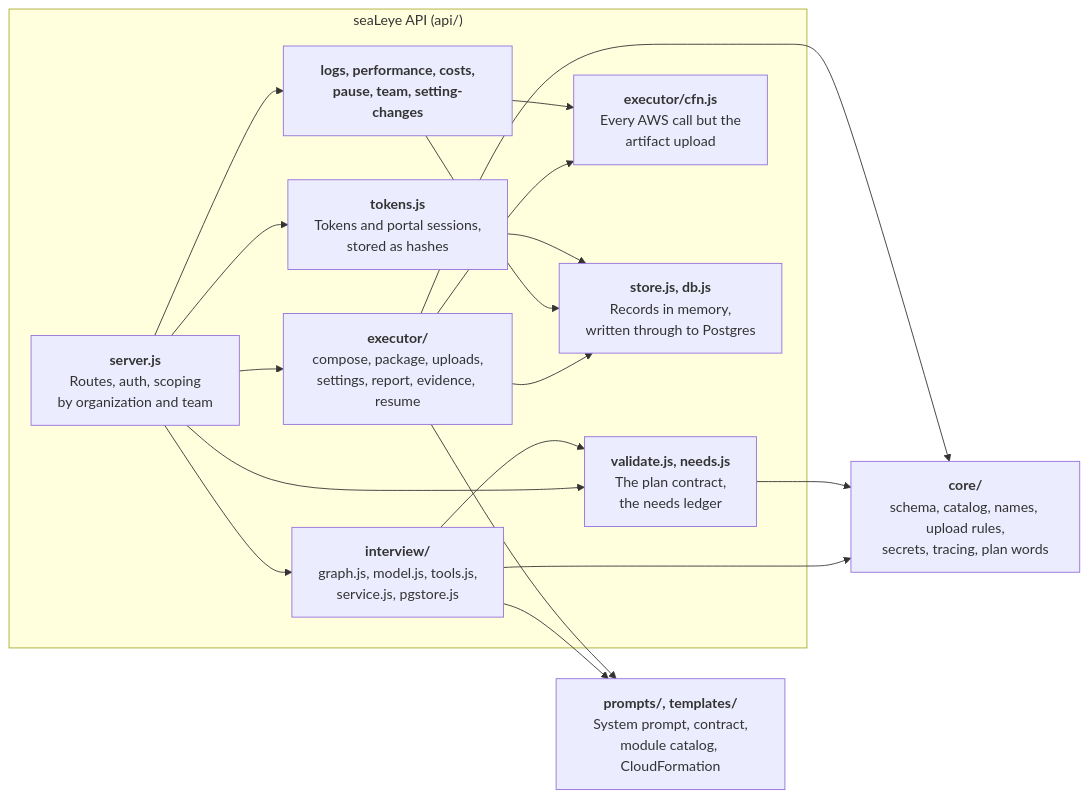
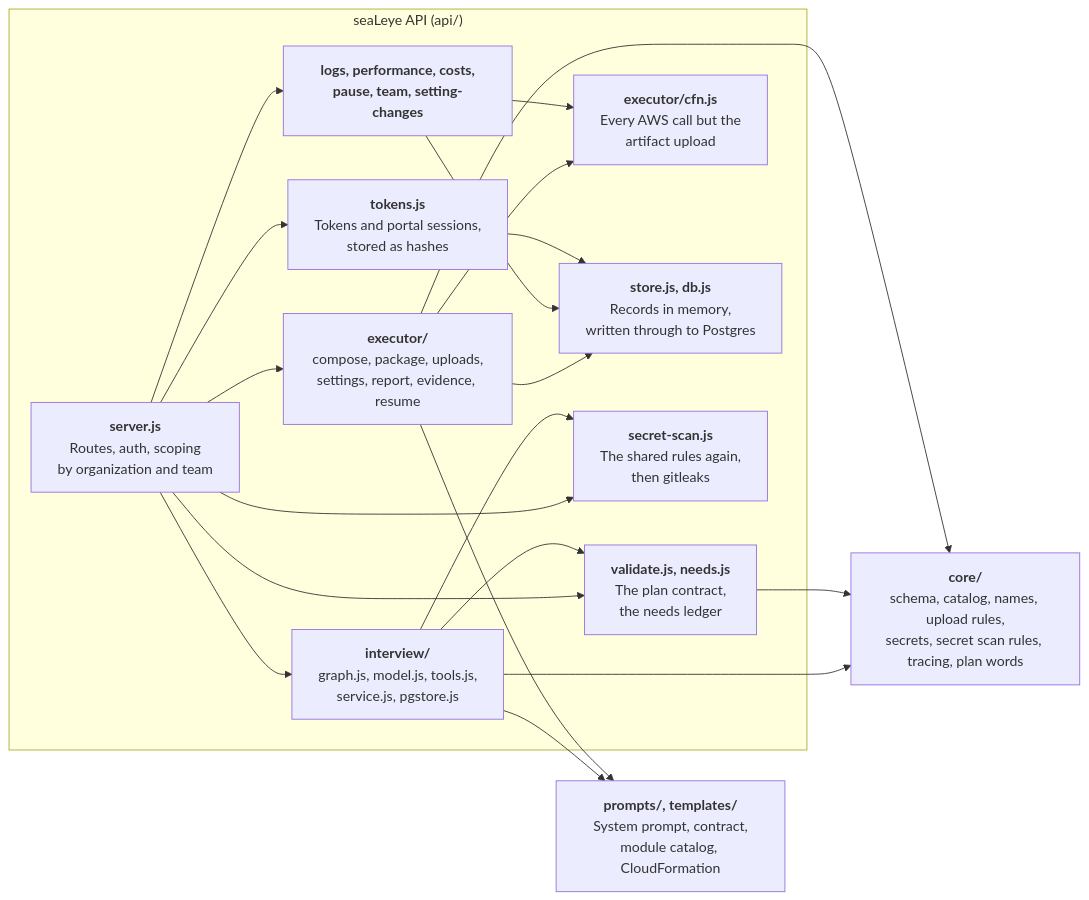
One commit to GregKliewer/sealeye changed the third of 11 diagrams in docs/ARCHITECTURE.md. Above: the diagram before and after it, drawn with Mermaid. The commit also changed other lines of this file and 32 other files, not shown here.

First line of the commit message:
The secret scanner: before upload, in the API with gitleaks, and in read_file

````diff
--- a/docs/ARCHITECTURE.md
+++ b/docs/ARCHITECTURE.md
@@ -157,33 +157,36 @@
 ```mermaid
 flowchart LR
   subgraph api["seaLeye API (api/)"]
     server["<b>server.js</b><br/>Routes, auth, scoping<br/>by organization and team"]
     tokens["<b>tokens.js</b><br/>Tokens and portal sessions,<br/>stored as hashes"]
     interview["<b>interview/</b><br/>graph.js, model.js, tools.js,<br/>service.js, pgstore.js"]
     validate["<b>validate.js, needs.js</b><br/>The plan contract,<br/>the needs ledger"]
     executor["<b>executor/</b><br/>compose, package, uploads,<br/>settings, report, evidence, resume"]
     cfn["<b>executor/cfn.js</b><br/>Every AWS call but the<br/>artifact upload"]
     dayTwo["<b>logs, performance, costs,<br/>pause, team, setting-changes</b>"]
     store["<b>store.js, db.js</b><br/>Records in memory,<br/>written through to Postgres"]
+    scan["<b>secret-scan.js</b><br/>The shared rules again,<br/>then gitleaks"]
   end
 
-  core["<b>core/</b><br/>schema, catalog, names, upload rules,<br/>secrets, tracing, plan words"]
+  core["<b>core/</b><br/>schema, catalog, names, upload rules,<br/>secrets, secret scan rules, tracing, plan words"]
   prompts["<b>prompts/, templates/</b><br/>System prompt, contract,<br/>module catalog, CloudFormation"]
 
   server --> tokens
   server --> interview
   server --> validate
   server --> executor
   server --> dayTwo
+  server --> scan
+  interview --> scan
   interview --> validate
   executor --> cfn
   dayTwo --> cfn
   executor --> store
   dayTwo --> store
   tokens --> store
   interview --> core
   validate --> core
   executor --> core
   interview --> prompts
   executor --> prompts
 ```
````
